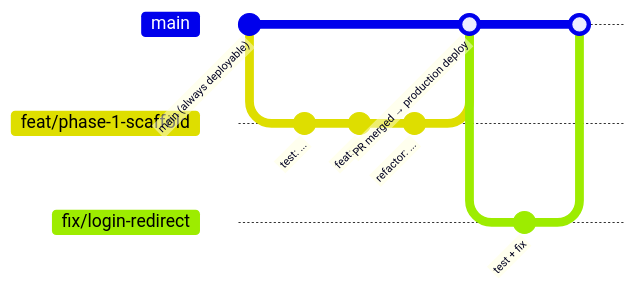
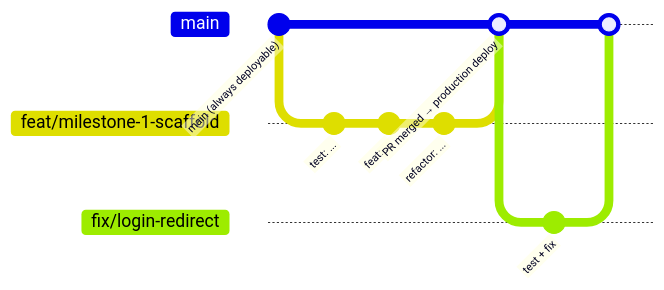
Before and after one commit to Ndukwopeace/Tally-up: the diagram in docs/ENGINEERING.md, drawn with Mermaid. The commit also changed other lines of this file and 6 other files, not shown here.

````diff
--- a/docs/ENGINEERING.md
+++ b/docs/ENGINEERING.md
@@ -90,14 +90,14 @@
 ```mermaid
 gitGraph
   commit id: "main (always deployable)"
-  branch feat/phase-1-scaffold
+  branch feat/milestone-1-scaffold
   commit id: "test: ..."
   commit id: "feat: ..."
   commit id: "refactor: ..."
   checkout main
-  merge feat/phase-1-scaffold id: "PR merged → production deploy"
+  merge feat/milestone-1-scaffold id: "PR merged → production deploy"
   branch fix/login-redirect
   commit id: "test + fix"
   checkout main
   merge fix/login-redirect
 ```
````
